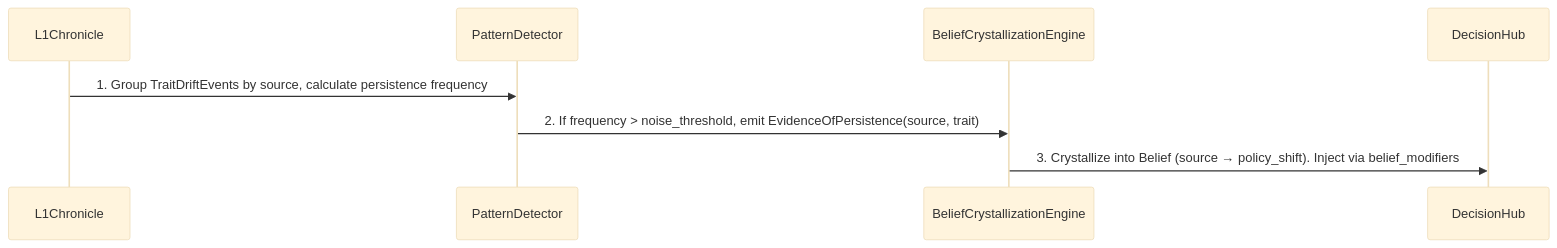
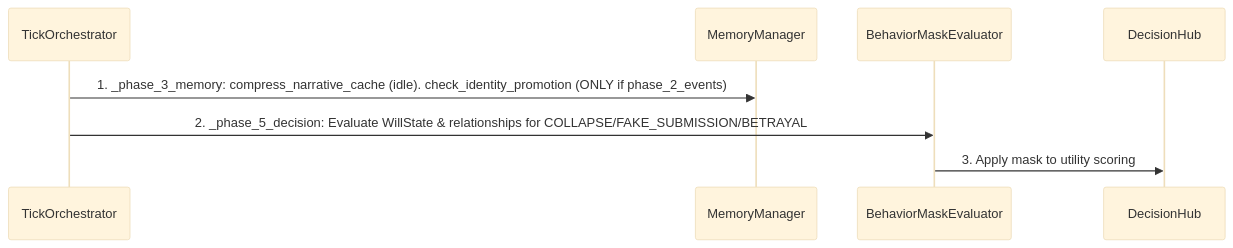
One commit to 4Um4/Enigma changed diagram 20 of 32 in docs/ARCHITECTURE_FLOW_GENERATED.md. Above: the diagram before and after it, drawn with Mermaid (base theme). The commit also changed other lines of this file and 80 other files, not shown here.

````diff
--- a/docs/ARCHITECTURE_FLOW_GENERATED.md
+++ b/docs/ARCHITECTURE_FLOW_GENERATED.md
@@ -947,10 +900,10 @@
 ```mermaid
 sequenceDiagram
-participant L1Chronicle
-participant PatternDetector
-participant BeliefCrystallizationEngine
+participant TickOrchestrator
+participant MemoryManager
+participant BehaviorMaskEvaluator
 participant DecisionHub
-L1Chronicle->>PatternDetector: 1. Group TraitDriftEvents by source, calculate persistence frequency
-PatternDetector->>BeliefCrystallizationEngine: 2. If frequency > noise_threshold, emit EvidenceOfPersistence(source, trait)
-BeliefCrystallizationEngine->>DecisionHub: 3. Crystallize into Belief (source → policy_shift). Inject via belief_modifiers
+TickOrchestrator->>MemoryManager: 1. _phase_3_memory: compress_narrative_cache (idle). check_identity_promotion (ONLY if phase_2_events)
+TickOrchestrator->>BehaviorMaskEvaluator: 2. _phase_5_decision: Evaluate WillState & relationships for COLLAPSE/FAKE_SUBMISSION/BETRAYAL
+BehaviorMaskEvaluator->>DecisionHub: 3. Apply mask to utility scoring
 ```
````
